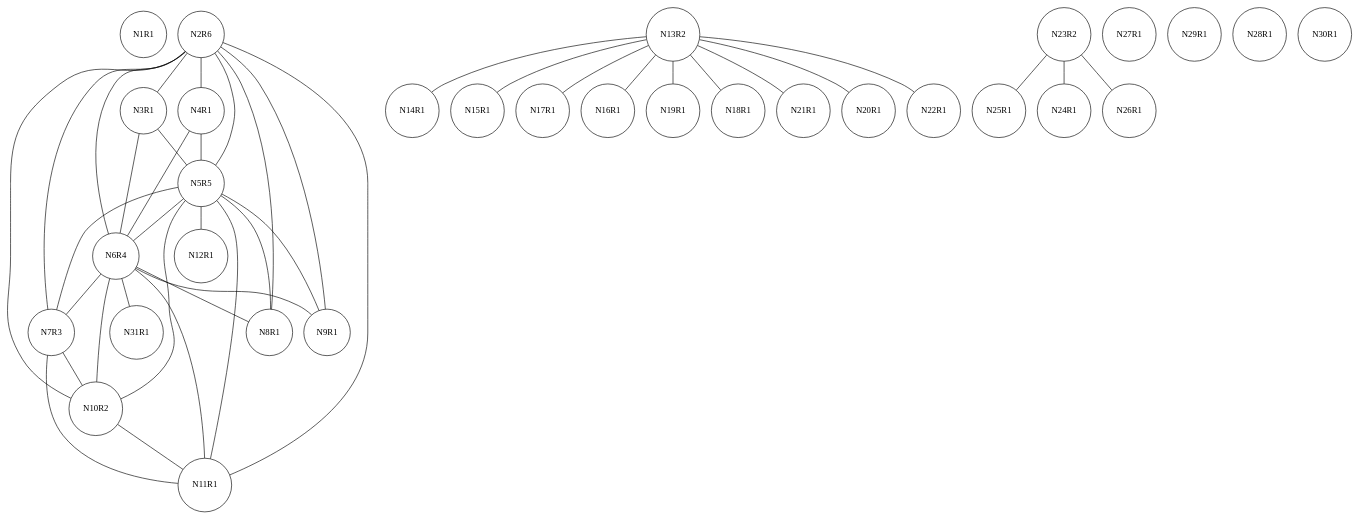
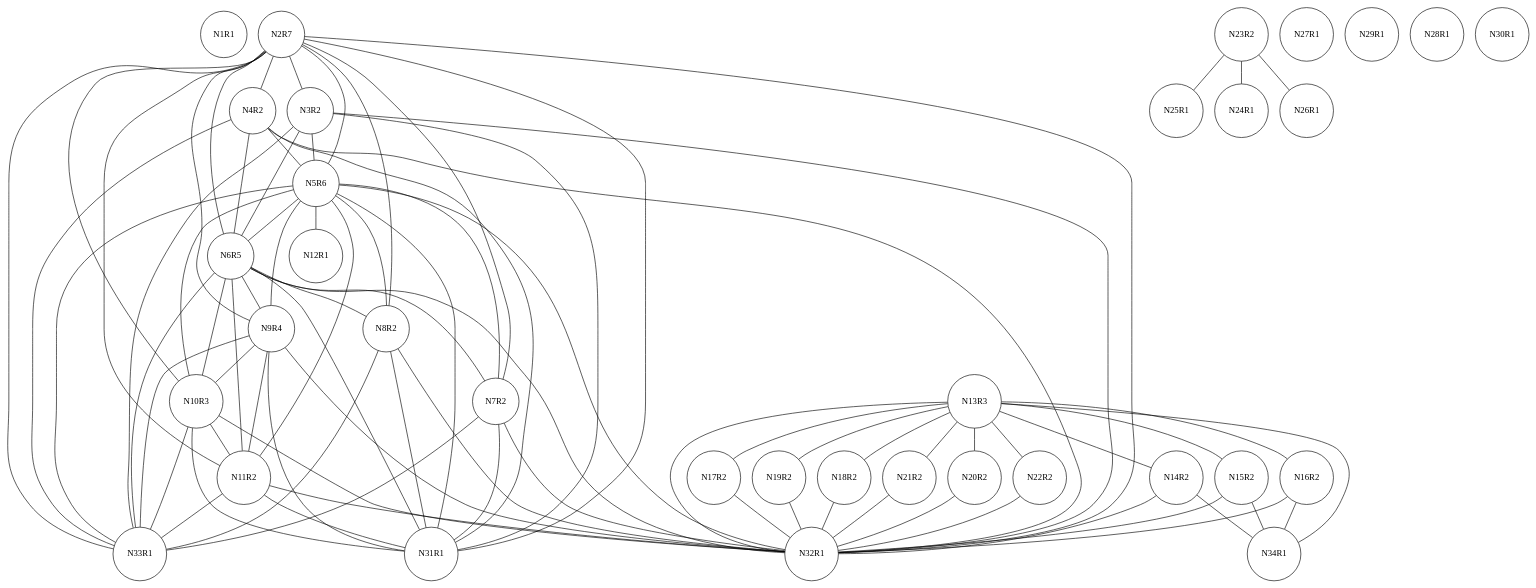
One commit to chris-wood/PL241-Compiler changed the diagram in project/factorial.txt.ig.dot. Above: the diagram before and after it, drawn with Graphviz. The commit also changed 23 other files, not shown here.

```diff
--- a/project/factorial.txt.ig.dot
+++ b/project/factorial.txt.ig.dot
@@ -1,75 +1,121 @@
 graph ig {
     node [shape = circle];
     N1R1;
-    N2R6;
-    N3R1;
-    N4R1;
-    N5R5;
-    N6R4;
-    N7R3;
-    N8R1;
-    N9R1;
-    N10R2;
-    N11R1;
+    N2R7;
+    N3R2;
+    N4R2;
+    N5R6;
+    N6R5;
+    N7R2;
+    N8R2;
+    N9R4;
+    N10R3;
+    N11R2;
     N12R1;
-    N13R2;
-    N14R1;
-    N15R1;
-    N17R1;
-    N16R1;
-    N19R1;
-    N18R1;
-    N21R1;
-    N20R1;
+    N13R3;
+    N14R2;
+    N15R2;
+    N17R2;
+    N16R2;
+    N19R2;
+    N18R2;
+    N21R2;
+    N20R2;
     N23R2;
-    N22R1;
+    N22R2;
     N25R1;
     N24R1;
     N27R1;
     N26R1;
     N29R1;
     N28R1;
     N31R1;
     N30R1;
-    N2R6 -- N5R5;
-    N2R6 -- N6R4;
-    N2R6 -- N11R1;
-    N2R6 -- N10R2;
-    N2R6 -- N7R3;
-    N2R6 -- N9R1;
-    N2R6 -- N8R1;
-    N2R6 -- N4R1;
-    N2R6 -- N3R1;
-    N3R1 -- N6R4;
-    N3R1 -- N5R5;
-    N4R1 -- N6R4;
-    N4R1 -- N5R5;
-    N5R5 -- N9R1;
-    N5R5 -- N8R1;
-    N5R5 -- N6R4;
-    N5R5 -- N11R1;
-    N5R5 -- N10R2;
-    N5R5 -- N7R3;
-    N5R5 -- N12R1;
-    N6R4 -- N7R3;
-    N6R4 -- N9R1;
-    N6R4 -- N8R1;
-    N6R4 -- N31R1;
-    N6R4 -- N11R1;
-    N6R4 -- N10R2;
-    N7R3 -- N11R1;
-    N7R3 -- N10R2;
-    N10R2 -- N11R1;
-    N13R2 -- N20R1;
-    N13R2 -- N19R1;
-    N13R2 -- N18R1;
-    N13R2 -- N17R1;
-    N13R2 -- N16R1;
-    N13R2 -- N22R1;
-    N13R2 -- N21R1;
-    N13R2 -- N15R1;
-    N13R2 -- N14R1;
+    N34R1;
+    N32R1;
+    N33R1;
+    N2R7 -- N32R1;
+    N2R7 -- N33R1;
+    N2R7 -- N6R5;
+    N2R7 -- N5R6;
+    N2R7 -- N11R2;
+    N2R7 -- N9R4;
+    N2R7 -- N10R3;
+    N2R7 -- N31R1;
+    N2R7 -- N8R2;
+    N2R7 -- N7R2;
+    N2R7 -- N4R2;
+    N2R7 -- N3R2;
+    N3R2 -- N32R1;
+    N3R2 -- N33R1;
+    N3R2 -- N31R1;
+    N3R2 -- N6R5;
+    N3R2 -- N5R6;
+    N4R2 -- N32R1;
+    N4R2 -- N33R1;
+    N4R2 -- N31R1;
+    N4R2 -- N6R5;
+    N4R2 -- N5R6;
+    N5R6 -- N32R1;
+    N5R6 -- N33R1;
+    N5R6 -- N6R5;
+    N5R6 -- N11R2;
+    N5R6 -- N9R4;
+    N5R6 -- N10R3;
+    N5R6 -- N31R1;
+    N5R6 -- N12R1;
+    N5R6 -- N8R2;
+    N5R6 -- N7R2;
+    N6R5 -- N10R3;
+    N6R5 -- N32R1;
+    N6R5 -- N33R1;
+    N6R5 -- N11R2;
+    N6R5 -- N9R4;
+    N6R5 -- N31R1;
+    N6R5 -- N8R2;
+    N6R5 -- N7R2;
+    N7R2 -- N32R1;
+    N7R2 -- N33R1;
+    N7R2 -- N31R1;
+    N8R2 -- N32R1;
+    N8R2 -- N31R1;
+    N8R2 -- N33R1;
+    N9R4 -- N11R2;
+    N9R4 -- N10R3;
+    N9R4 -- N32R1;
+    N9R4 -- N33R1;
+    N9R4 -- N31R1;
+    N10R3 -- N11R2;
+    N10R3 -- N32R1;
+    N10R3 -- N33R1;
+    N10R3 -- N31R1;
+    N11R2 -- N32R1;
+    N11R2 -- N33R1;
+    N11R2 -- N31R1;
+    N13R3 -- N20R2;
+    N13R3 -- N19R2;
+    N13R3 -- N18R2;
+    N13R3 -- N32R1;
+    N13R3 -- N34R1;
+    N13R3 -- N22R2;
+    N13R3 -- N21R2;
+    N13R3 -- N16R2;
+    N13R3 -- N17R2;
+    N13R3 -- N15R2;
+    N13R3 -- N14R2;
+    N14R2 -- N32R1;
+    N14R2 -- N34R1;
+    N15R2 -- N32R1;
+    N15R2 -- N34R1;
+    N17R2 -- N32R1;
+    N16R2 -- N32R1;
+    N16R2 -- N34R1;
+    N19R2 -- N32R1;
+    N18R2 -- N32R1;
+    N21R2 -- N32R1;
+    N20R2 -- N32R1;
     N23R2 -- N26R1;
     N23R2 -- N25R1;
     N23R2 -- N24R1;
+    N22R2 -- N32R1;
 }
```
